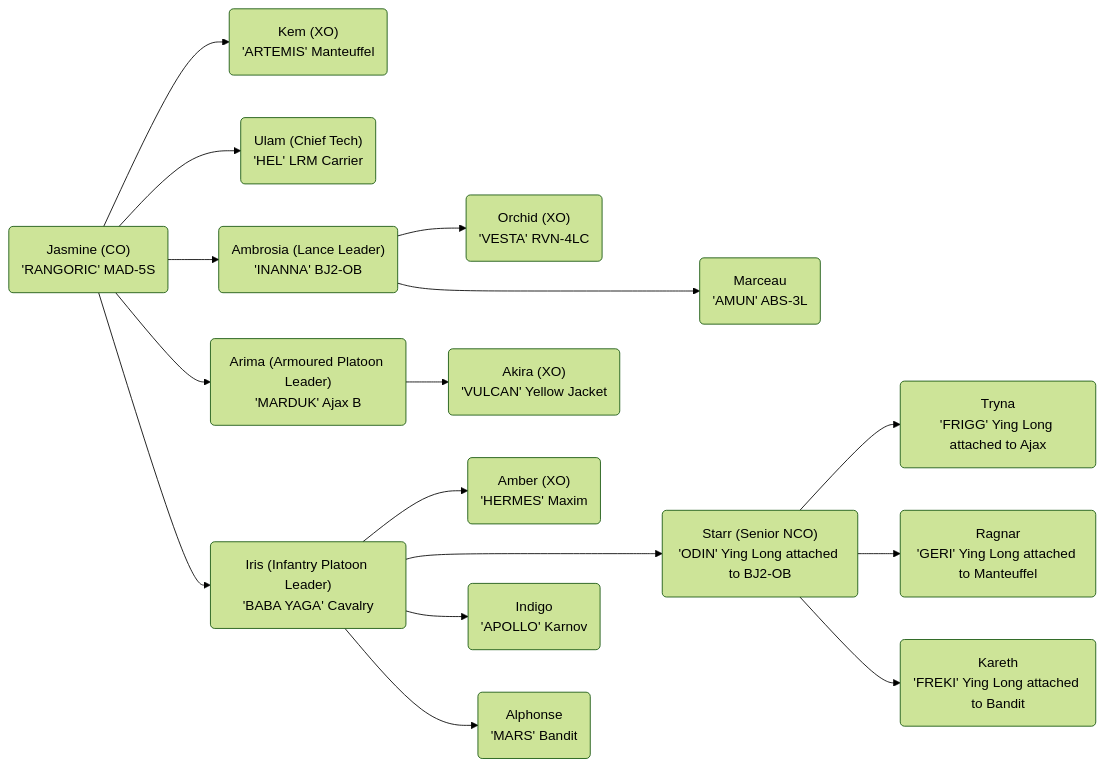
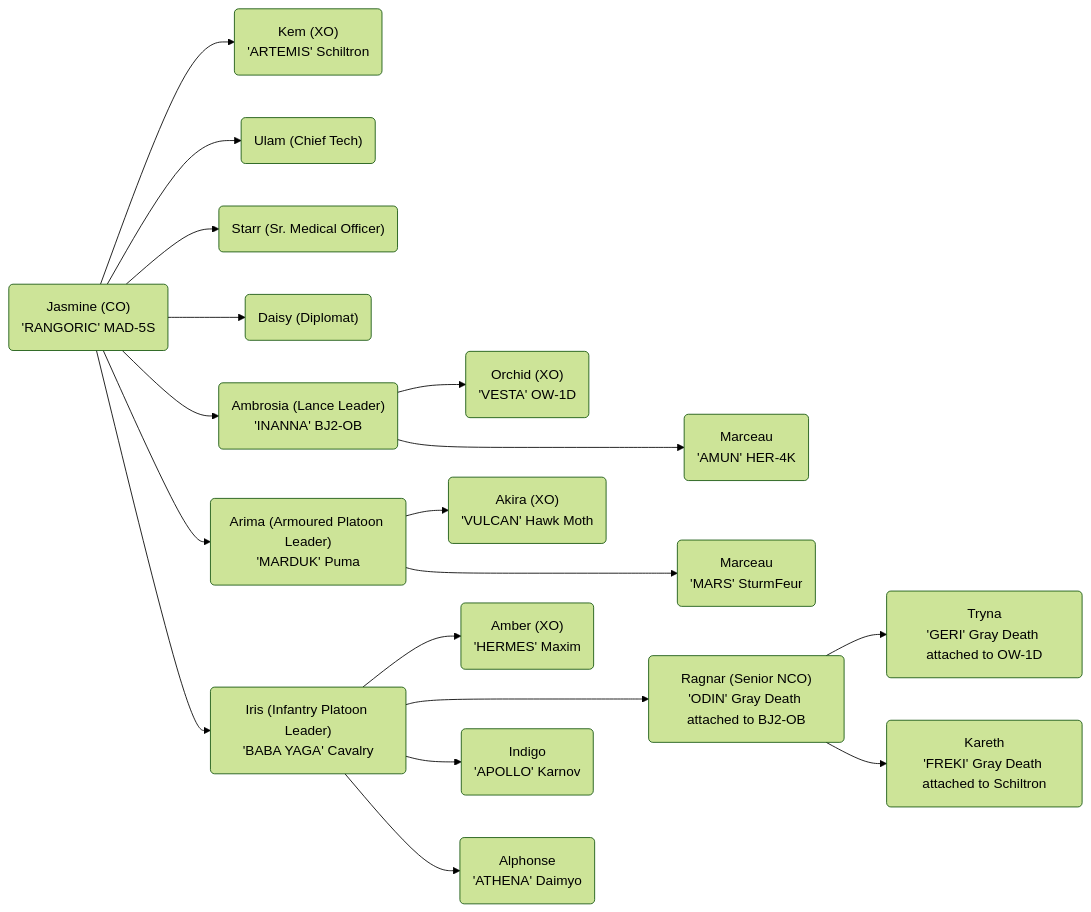
The diagram in README.md (Rangoric/BattleTech-Campaign), drawn with Mermaid (forest theme) before and after one commit.

````diff
--- a/README.md
+++ b/README.md
@@ -3,34 +3,38 @@
 ```mermaid
 flowchart LR
   co("Jasmine (CO)\n'RANGORIC' MAD-5S")
-  xo("Kem (XO)\n'ARTEMIS' Manteuffel")
-  ct("Ulam (Chief Tech)\n'HEL' LRM Carrier")
+  xo("Kem (XO)\n'ARTEMIS' Schiltron")
+  ct("Ulam (Chief Tech)")
+  smo("Starr (Sr. Medical Officer)")
+  dp("Daisy (Diplomat)")
   ll("Ambrosia (Lance Leader)\n'INANNA' BJ2-OB")
-  lm1("Marceau\n'AMUN' ABS-3L")
-  lxo("Orchid (XO)\n'VESTA' RVN-4LC")
-  al("Arima (Armoured Platoon Leader)\n'MARDUK' Ajax B")
-  axo("Akira (XO)"\n'VULCAN' Yellow Jacket)
+  lm1("Marceau\n'AMUN' HER-4K")
+  lxo("Orchid (XO)\n'VESTA' OW-1D")
+  al("Arima (Armoured Platoon Leader)\n'MARDUK' Puma")
+  axo("Akira (XO)"\n'VULCAN' Hawk Moth)
+  am1("Marceau\n'MARS' SturmFeur")
   il("Iris (Infantry Platoon Leader)"\n'BABA YAGA' Cavalry)
   im1("Indigo\n'APOLLO' Karnov")
-  im2("Alphonse\n'MARS' Bandit")
-  isnco("Starr (Senior NCO)\n'ODIN' Ying Long attached to BJ2-OB")
-  iyl1("Tryna\n'FRIGG' Ying Long attached to Ajax")
-  iyl2("Ragnar\n'GERI' Ying Long attached to Manteuffel")
-  iyl3("Kareth\n'FREKI' Ying Long attached to Bandit")
+  im2("Alphonse\n'ATHENA' Daimyo")
+  isnco("Ragnar (Senior NCO)\n'ODIN' Gray Death attached to BJ2-OB")
+  iyl1("Tryna\n'GERI' Gray Death attached to OW-1D")
+  iyl3("Kareth\n'FREKI' Gray Death attached to Schiltron")
   ixo("Amber (XO)\n'HERMES' Maxim")
   co --> xo
   co --> ct
+  co --> smo
+  co --> dp
   co --> ll
   co --> al
   co --> il
   ll --> lxo
   ll ---> lm1
   al --> axo
+  al ---> am1
   il --> ixo
   il ---> isnco
   il --> im1
   il --> im2
   isnco --> iyl1
-  isnco --> iyl2
   isnco --> iyl3
 ```
````
